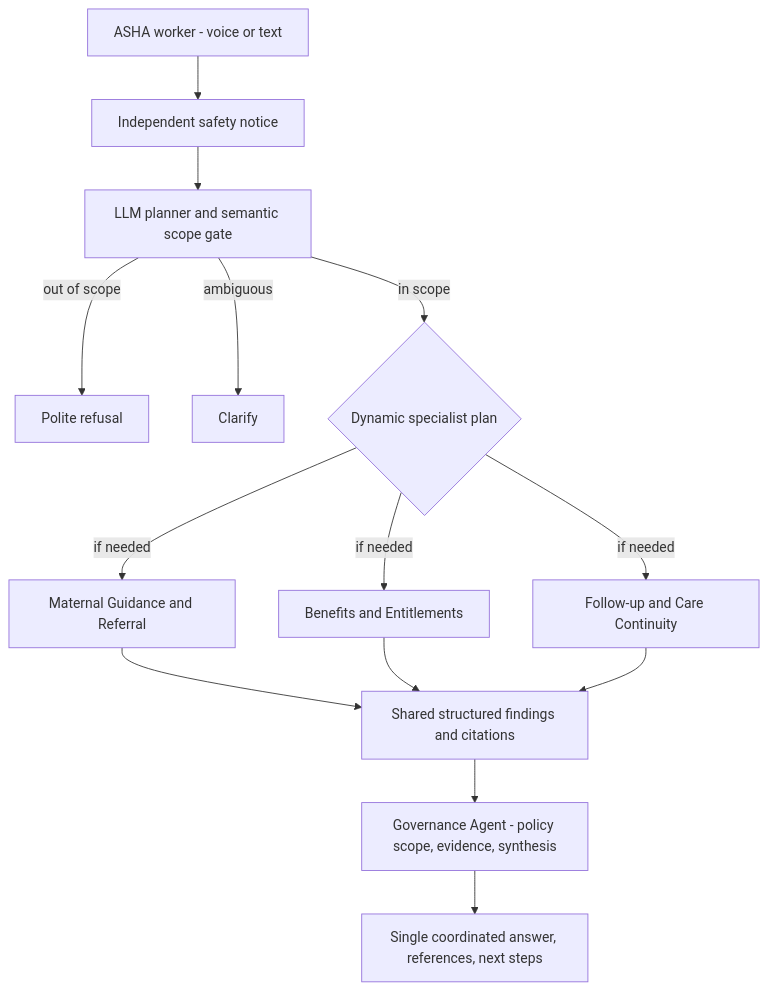
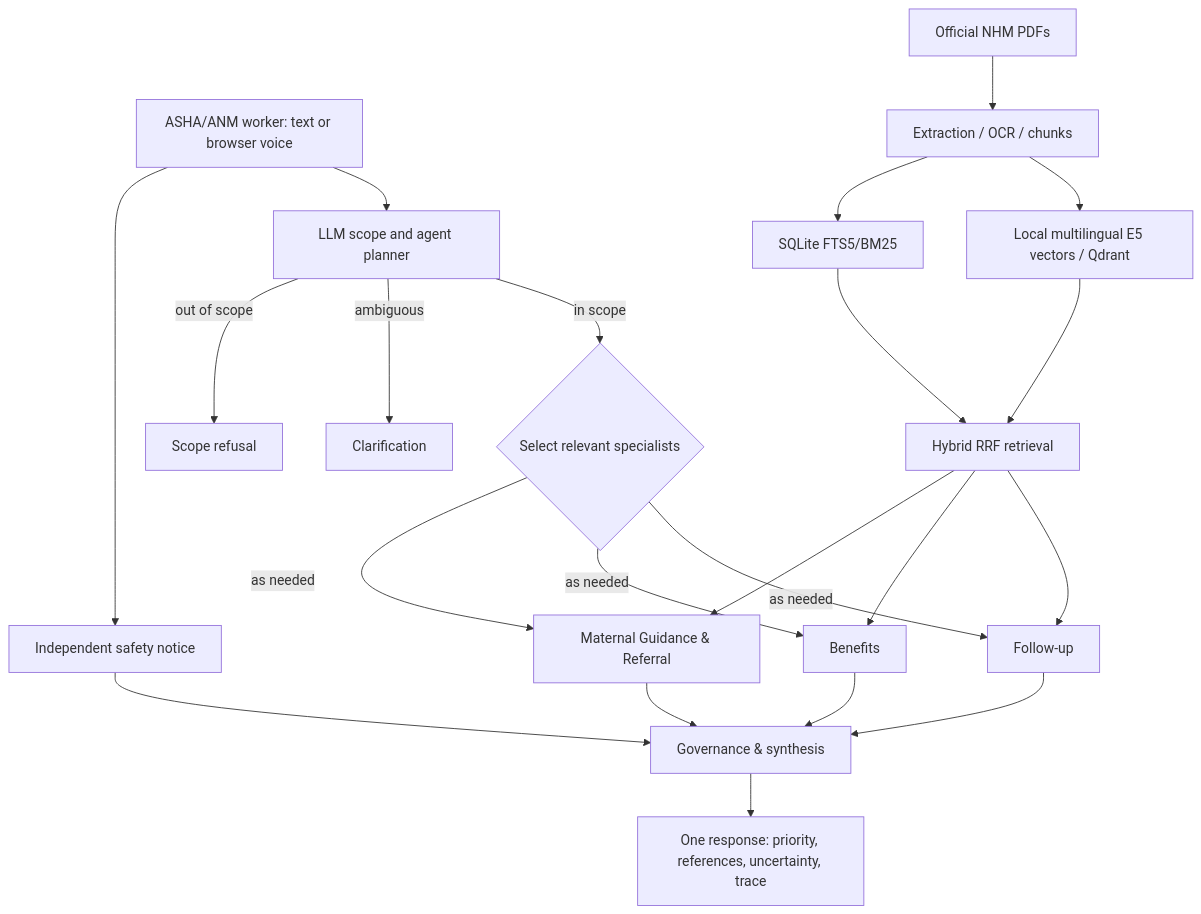
One commit to Rohithdilip/ArogyaGuard-AI---AI-for-Good-Lab-Hackathon-UAE changed the diagram in docs/ARCHITECTURE.md. Above: the diagram before and after it, drawn with Mermaid. The commit also changed other lines of this file and 5 other files, not shown here.

Commit message:
Add architecture and documentation files

````diff
--- a/docs/ARCHITECTURE.md
+++ b/docs/ARCHITECTURE.md
@@ -3,16 +11,24 @@
 ```mermaid
 flowchart TD
- A[ASHA worker - voice or text] --> S[Independent safety notice]
- S --> O[LLM planner and semantic scope gate]
- O -->|out of scope| X[Polite refusal]
- O -->|ambiguous| Q[Clarify]
- O -->|in scope| P{Dynamic specialist plan}
- P -->|if needed| G[Maternal Guidance and Referral]
- P -->|if needed| B[Benefits and Entitlements]
- P -->|if needed| F[Follow-up and Care Continuity]
- G --> R[Shared structured findings and citations]
- B --> R
- F --> R
- R --> V[Governance Agent - policy scope, evidence, synthesis]
- V --> C[Single coordinated answer, references, next steps]
+  U["ASHA/ANM worker: text or browser voice"] --> S["Independent safety notice"]
+  U --> L["LLM scope and agent planner"]
+  L -->|out of scope| O["Scope refusal"]
+  L -->|ambiguous| Q["Clarification"]
+  L -->|in scope| R{"Select relevant specialists"}
+  R -->|as needed| G["Maternal Guidance & Referral"]
+  R -->|as needed| B["Benefits"]
+  R -->|as needed| F["Follow-up"]
+  DS["Official NHM PDFs"] --> IX["Extraction / OCR / chunks"]
+  IX --> SQL["SQLite FTS5/BM25"]
+  IX --> VE["Local multilingual E5 vectors / Qdrant"]
+  SQL --> H["Hybrid RRF retrieval"]
+  VE --> H
+  H --> G
+  H --> B
+  H --> F
+  G --> V["Governance & synthesis"]
+  B --> V
+  F --> V
+  S --> V
+  V --> A["One response: priority, references, uncertainty, trace"]
 ```
````
